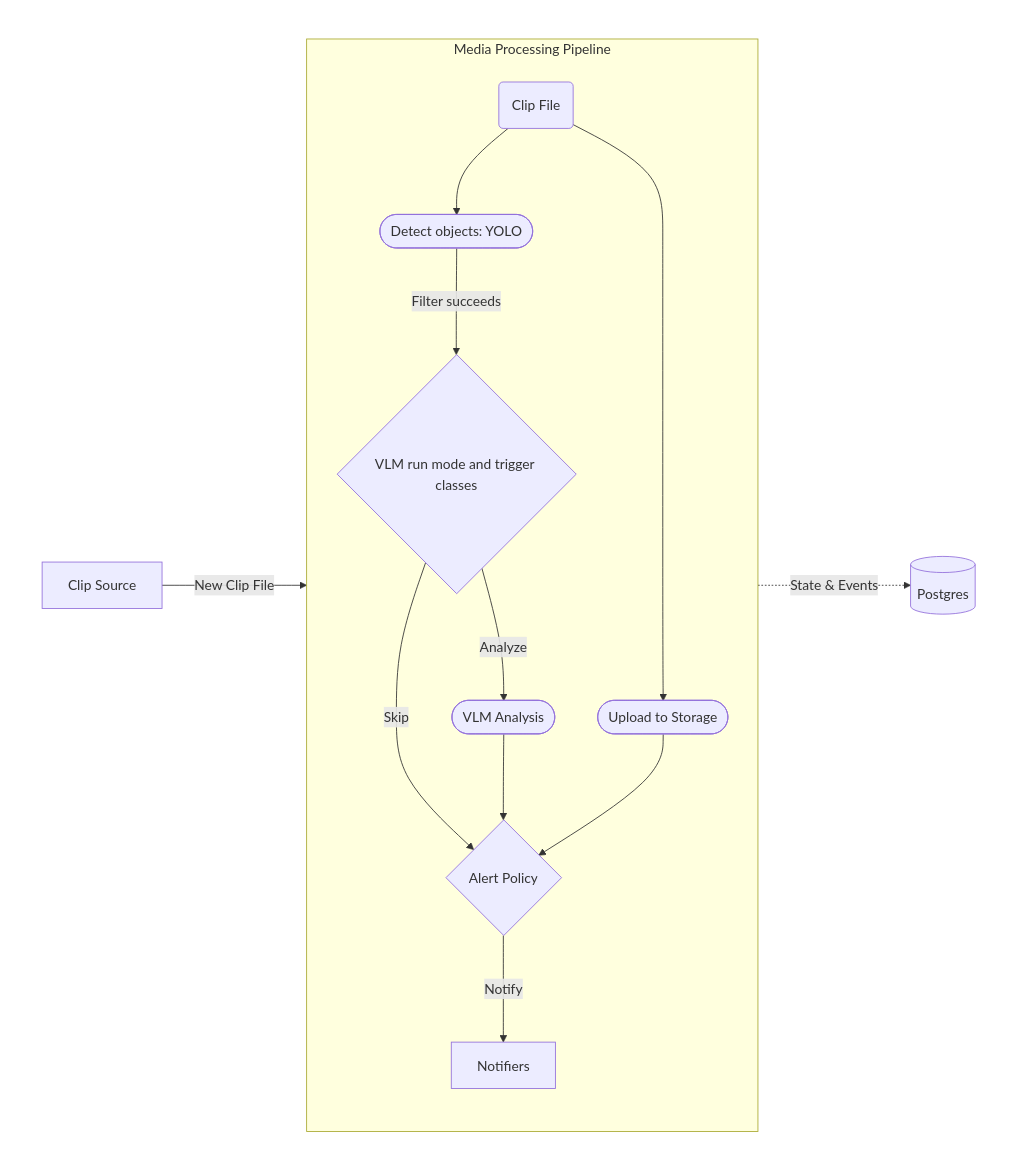
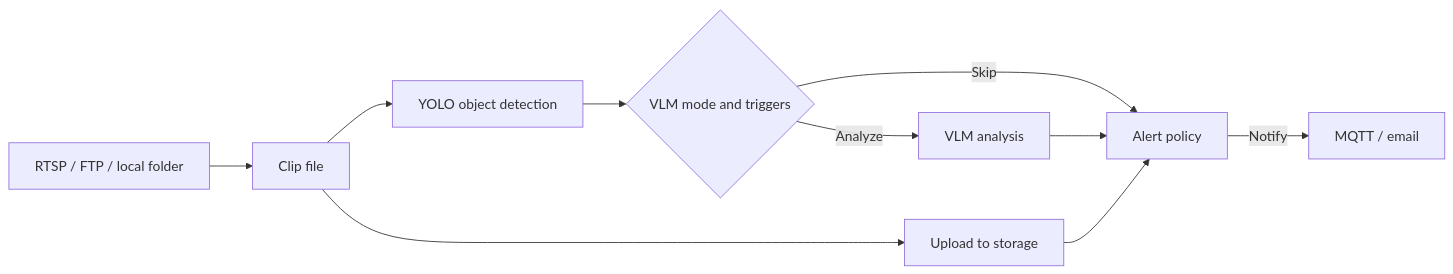
The diagram in README.md (lan17/homesec), drawn with Mermaid before and after one commit. The commit also changed other lines of this file, not shown here.

````diff
--- a/README.md
+++ b/README.md
@@ -23,27 +208,12 @@
 ```mermaid
-graph TD
-    %% Layout Wrapper for horizontal alignment
-    subgraph Wrapper [" "]
-        direction LR
-        style Wrapper fill:none,stroke:none
-        
-        S[Clip Source]
-        
-        subgraph Pipeline [Media Processing Pipeline]
-            direction TB
-            C(Clip File) --> U([Upload to Storage])
-            C --> F([Detect objects: YOLO])
-            F -->|Filter succeeds| AI{VLM run mode and trigger classes}
-            AI -->|Analyze| V([VLM Analysis])
-            AI -->|Skip| P{Alert Policy}
-            V --> P
-            U --> P
-            P -->|Notify| N[Notifiers]
-        end
-        
-        S -->|New Clip File| Pipeline
-        
-        PG[(Postgres)]
-        Pipeline -.->|State & Events| PG
-    end
+flowchart LR
+    S["RTSP / FTP / local folder"] --> C["Clip file"]
+    C --> U["Upload to storage"]
+    C --> F["YOLO object detection"]
+    F --> G{"VLM mode and triggers"}
+    G -->|Analyze| V["VLM analysis"]
+    G -->|Skip| P["Alert policy"]
+    V --> P
+    U --> P
+    P -->|Notify| N["MQTT / email"]
 ```
````
